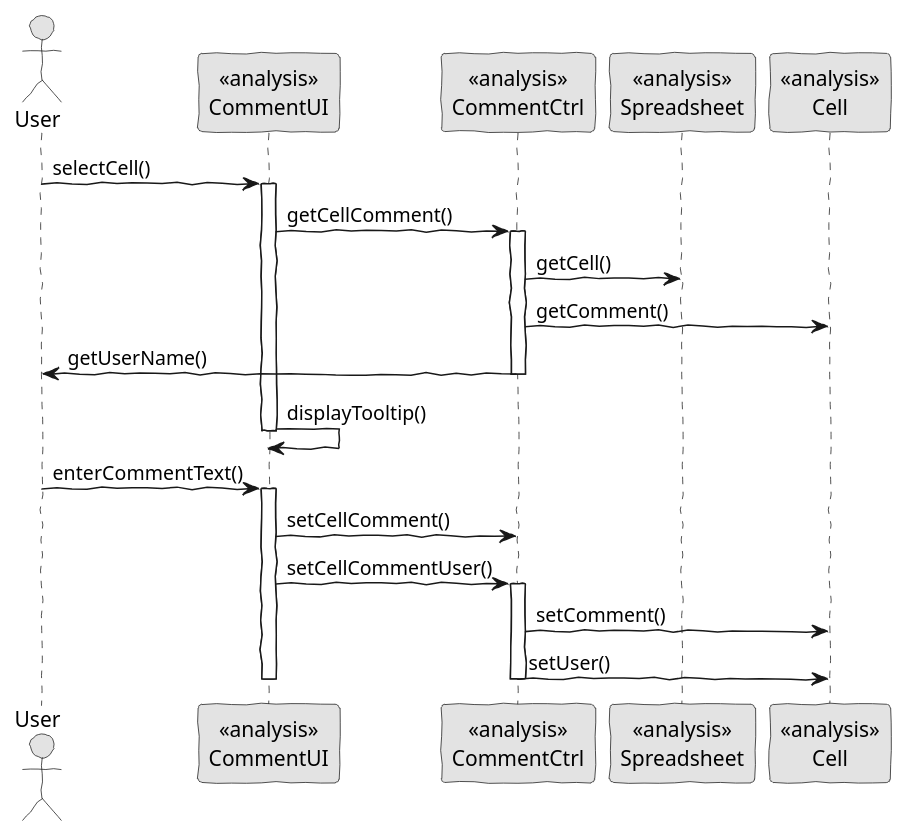
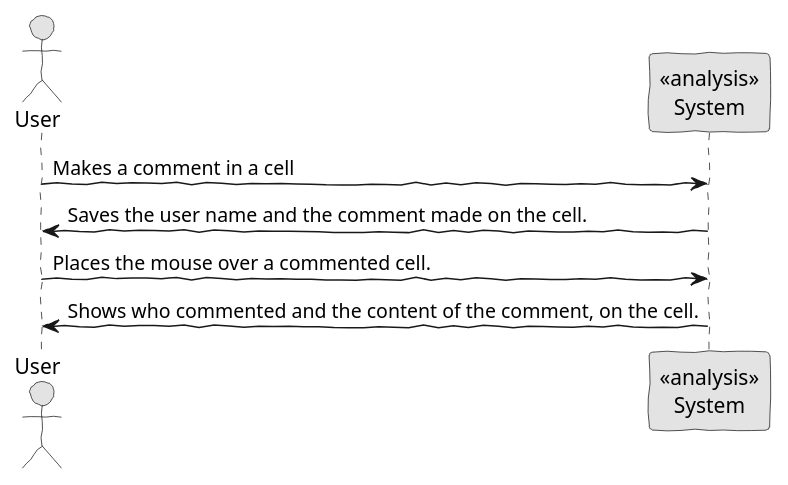
One commit to PeFerreira98/ISEP.Lic.LAPR4_2017 changed the diagram in src/main/java/lapr4/red/s2/core/n1140376/comments/comments_extension_uc_realization2.puml. Above: the diagram before and after it, drawn with PlantUML. The commit also changed 2 other files, not shown here.

Commit message:
#LAPR4E17DL-7 Core02.2 comment analysis finished, comment_Tooltip_And_User_To_Comment Design finished

```diff
--- a/src/main/java/lapr4/red/s2/core/n1140376/comments/comments_extension_uc_realization2.puml
+++ b/src/main/java/lapr4/red/s2/core/n1140376/comments/comments_extension_uc_realization2.puml
@@ -1,34 +1,15 @@
 @startuml
 skinparam handwritten true
 skinparam monochrome true
 skinparam packageStyle rect
 skinparam defaultFontName FG Virgil
 skinparam shadowing false
 
   actor User 
-  participant "<<analysis>>\nCommentUI" as UI
-  participant "<<analysis>>\nCommentCtrl" as ctrl
-  participant "<<analysis>>\nSpreadsheet" as sheet
-  participant "<<analysis>>\nCell" as cell
-  User -> UI : selectCell()
-  activate UI 
-  UI -> ctrl : getCellComment()
-  activate ctrl
-  ctrl -> sheet : getCell()
-  ctrl -> cell : getComment()
-  ctrl -> User : getUserName()
-  deactivate ctrl
-  UI -> UI : displayTooltip()
-  deactivate UI
-  User -> UI : enterCommentText()
-  activate UI
-  
-  UI -> ctrl : setCellComment()
-  UI -> ctrl : setCellCommentUser()
-  activate ctrl
-  
-  ctrl -> cell : setComment()
-  ctrl -> cell : setUser()
-  deactivate ctrl
-  deactivate UI 
-  @enduml
+  participant "<<analysis>>\nSystem" as Sys
+  User -> Sys : Makes a comment in a cell
+  Sys -> User : Saves the user name and the comment made on the cell.
+  User -> Sys : Places the mouse over a commented cell.
+  Sys -> User : Shows who commented and the content of the comment, on the cell.
+
+@enduml
```
